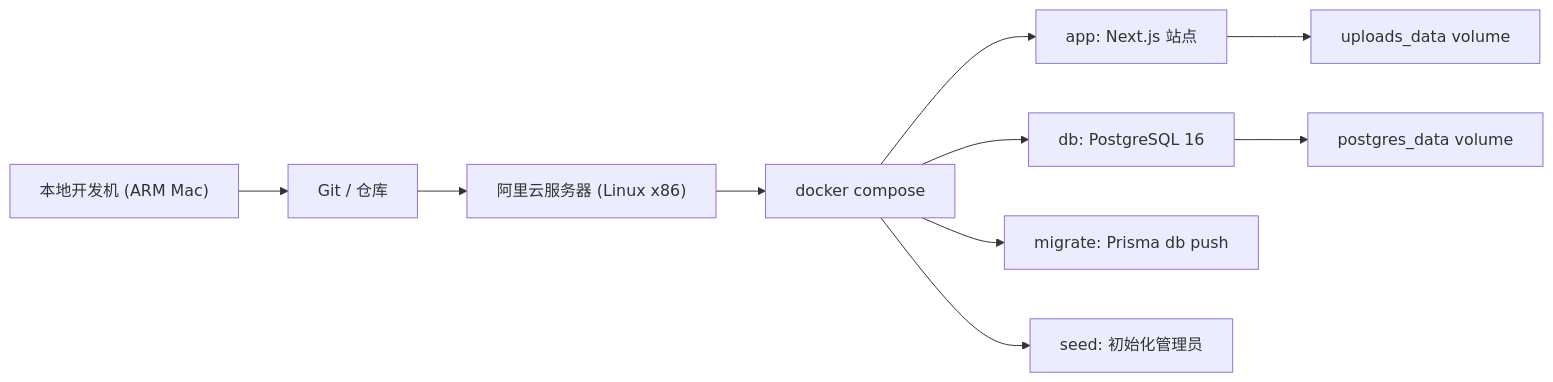
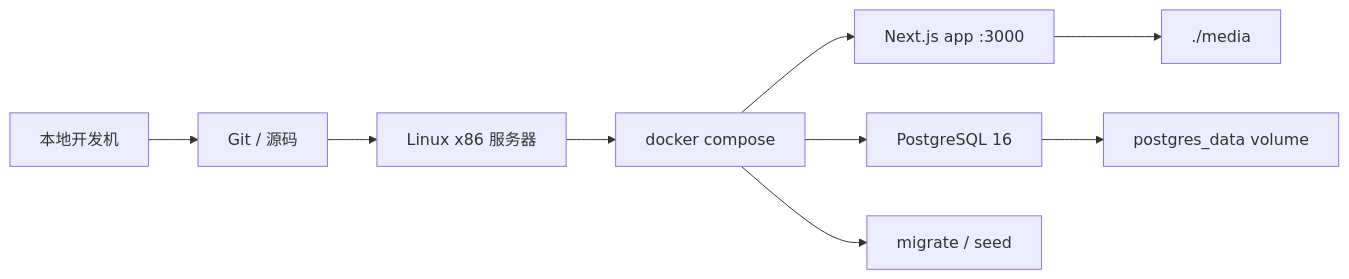
One commit to duobaobox/blog-01 changed the diagram in docs/docker-build-and-release-guide.md. Above: the diagram before and after it, drawn with Mermaid. The commit also changed other lines of this file and 15 other files, not shown here.

````diff
--- a/docs/docker-build-and-release-guide.md
+++ b/docs/docker-build-and-release-guide.md
@@ -24,12 +10,11 @@
 ```mermaid
 flowchart LR
-  Dev["本地开发机 (ARM Mac)"] --> Git["Git / 仓库"]
-  Git --> Server["阿里云服务器 (Linux x86)"]
+  Dev["本地开发机"] --> Repo["Git / 源码"]
+  Repo --> Server["Linux x86 服务器"]
   Server --> Compose["docker compose"]
-  Compose --> App["app: Next.js 站点"]
-  Compose --> DB["db: PostgreSQL 16"]
-  Compose --> Migrate["migrate: Prisma db push"]
-  Compose --> Seed["seed: 初始化管理员"]
-  App --> Uploads["uploads_data volume"]
+  Compose --> App["Next.js app :3000"]
+  Compose --> DB["PostgreSQL 16"]
+  Compose --> Tools["migrate / seed"]
+  App --> Media["./media"]
   DB --> PgData["postgres_data volume"]
 ```
````
